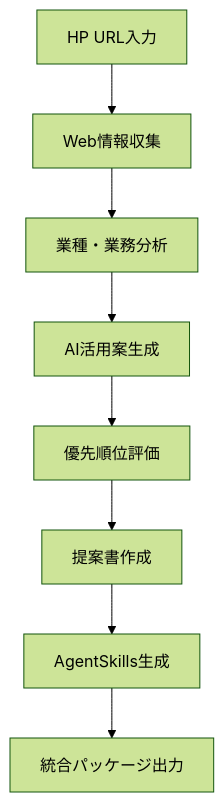
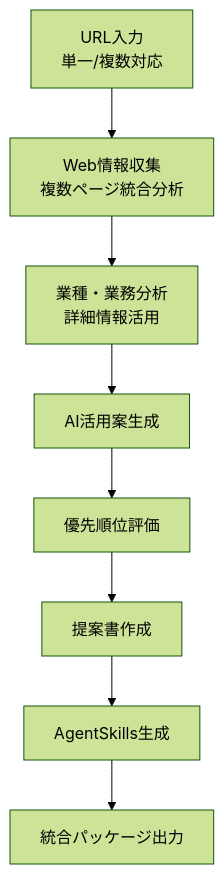
One commit to anthropics/skills changed the diagram in ai-advisor-workflow/SKILL.md. Above: the diagram before and after it, drawn with Mermaid (forest theme). The commit also changed other lines of this file and 4 other files, not shown here.

````diff
--- a/ai-advisor-workflow/SKILL.md
+++ b/ai-advisor-workflow/SKILL.md
@@ -68,10 +102,10 @@
 ```mermaid
 graph TD
-    A[HP URL入力] --> B[Web情報収集]
-    B --> C[業種・業務分析]
+    A[URL入力<br/>単一/複数対応] --> B[Web情報収集<br/>複数ページ統合分析]
+    B --> C[業種・業務分析<br/>詳細情報活用]
     C --> D[AI活用案生成]
     D --> E[優先順位評価]
     E --> F[提案書作成]
     F --> G[AgentSkills生成]
     G --> H[統合パッケージ出力]
 ```
````
